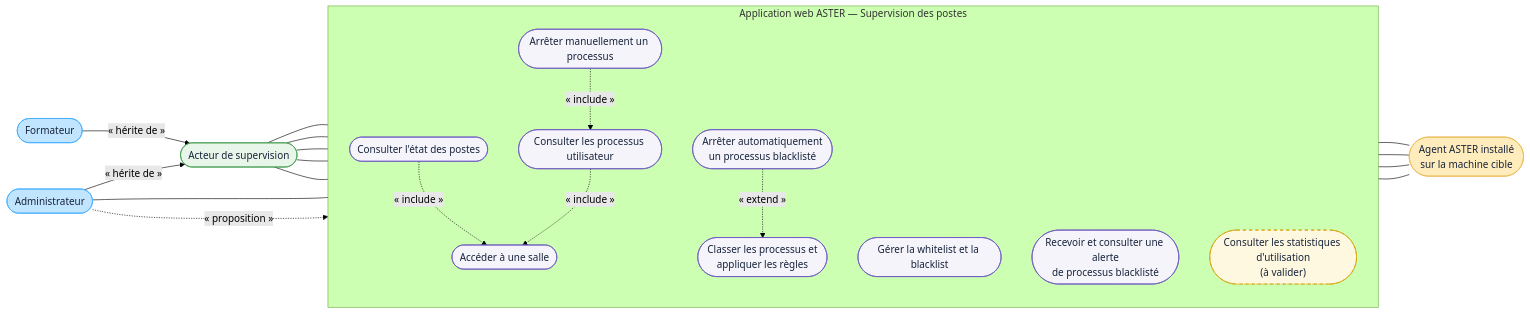
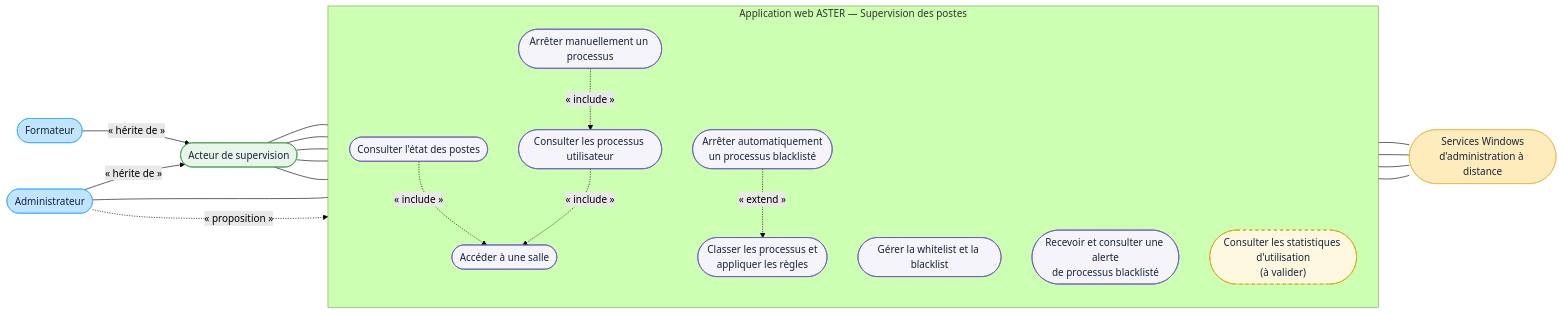
Before and after one commit to bpierrelouis/aster: the diagram in docs/10-DCU-SUPERVISION-POSTES.md, drawn with Mermaid (forest theme). The commit also changed 5 other files, not shown here.

Commit message:
docs(architecture): préciser l’administration Windows sans agent

````diff
--- a/docs/10-DCU-SUPERVISION-POSTES.md
+++ b/docs/10-DCU-SUPERVISION-POSTES.md
@@ -3,53 +3,53 @@
 ```mermaid
 flowchart LR
     acteurSupervision(["Acteur de supervision"])
     formateur(["Formateur"])
     administrateur(["Administrateur"])
 
     formateur -->|« hérite de »| acteurSupervision
     administrateur -->|« hérite de »| acteurSupervision
 
     subgraph aster["Application web ASTER — Supervision des postes"]
         direction TB
         accederSalle(["Accéder à une salle"])
         consulterEtat(["Consulter l'état des postes"])
         consulterProcessus(["Consulter les processus utilisateur"])
         arreterProcessus(["Arrêter manuellement un processus"])
         gererListes(["Gérer la whitelist et la blacklist"])
         appliquerRegles(["Classer les processus et<br/>appliquer les règles"])
         arreterInterdit(["Arrêter automatiquement<br/>un processus blacklisté"])
         consulterAlertes(["Recevoir et consulter une alerte<br/>de processus blacklisté"])
         consulterStatistiques(["Consulter les statistiques d'utilisation<br/>(à valider)"])
     end
 
-    agentAster(["Agent ASTER installé<br/>sur la machine cible"])
+    servicesWindows(["Services Windows<br/>d'administration à distance"])
 
     acteurSupervision --- accederSalle
     acteurSupervision --- consulterEtat
     acteurSupervision --- consulterProcessus
     acteurSupervision --- arreterProcessus
     acteurSupervision --- consulterAlertes
     administrateur --- gererListes
     administrateur -.->|« proposition »| consulterStatistiques
 
     consulterEtat -.->|« include »| accederSalle
     consulterProcessus -.->|« include »| accederSalle
     arreterProcessus -.->|« include »| consulterProcessus
     arreterInterdit -.->|« extend »| appliquerRegles
 
-    consulterEtat --- agentAster
-    consulterProcessus --- agentAster
-    arreterProcessus --- agentAster
-    appliquerRegles --- agentAster
+    consulterEtat --- servicesWindows
+    consulterProcessus --- servicesWindows
+    arreterProcessus --- servicesWindows
+    appliquerRegles --- servicesWindows
 
     classDef acteur fill:#C2E5FF,stroke:#3DADFF,color:#17243B
     classDef acteurGeneral fill:#E8F5E9,stroke:#3E9B4B,color:#17243B
     classDef acteurSecondaire fill:#FFECBD,stroke:#E8B84E,color:#17243B
     classDef cas fill:#F6F4FB,stroke:#6954C0,color:#17243B
     classDef casAValider fill:#FFF8E1,stroke:#D39E00,color:#17243B,stroke-dasharray: 5 5
     class formateur,administrateur acteur
     class acteurSupervision acteurGeneral
-    class agentAster acteurSecondaire
+    class servicesWindows acteurSecondaire
     class accederSalle,consulterEtat,consulterProcessus,arreterProcessus,gererListes,appliquerRegles,arreterInterdit,consulterAlertes cas
     class consulterStatistiques casAValider
 ```
````
